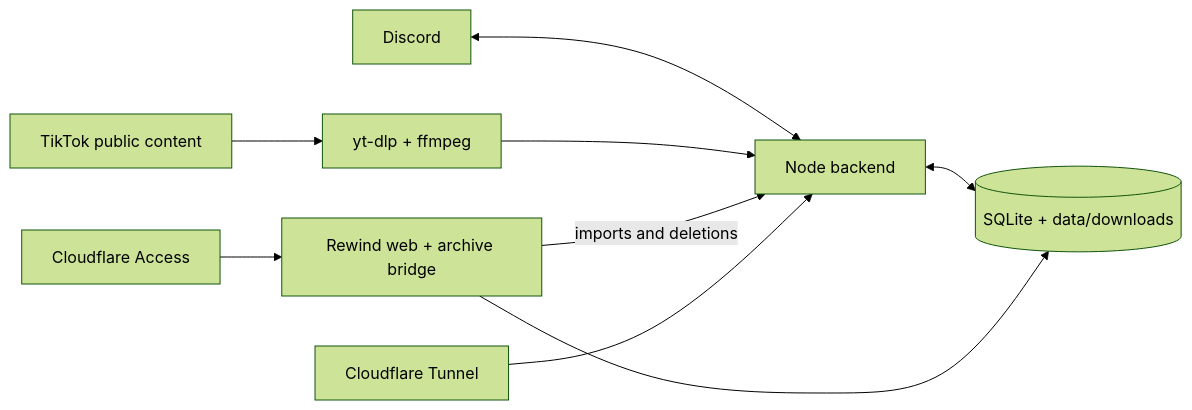
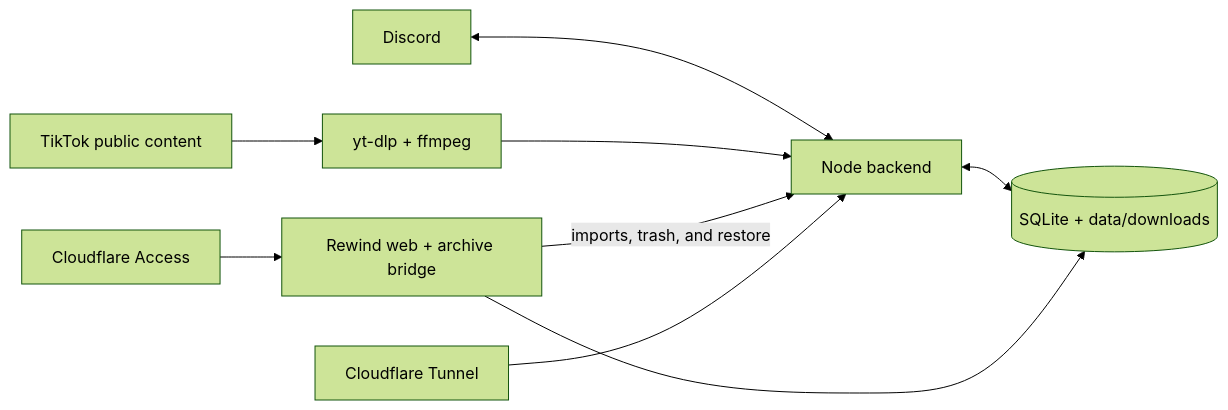
Before and after one commit to nqrwhal/tiktok-dlp: the diagram in README.md, drawn with Mermaid (forest theme). The commit also changed other lines of this file and 35 other files, not shown here.

````diff
--- a/README.md
+++ b/README.md
@@ -63,11 +70,11 @@
 ```mermaid
 flowchart LR
     TikTok[TikTok public content] --> Media[yt-dlp + ffmpeg]
     Discord[Discord] <--> Backend[Node backend]
     Media --> Backend
     Backend <--> State[(SQLite + data/downloads)]
     Rewind[Rewind web + archive bridge] --> State
-    Rewind -->|imports and deletions| Backend
+    Rewind -->|imports, trash, and restore| Backend
     Tunnel[Cloudflare Tunnel] --> Backend
     Access[Cloudflare Access] --> Rewind
 ```
````
